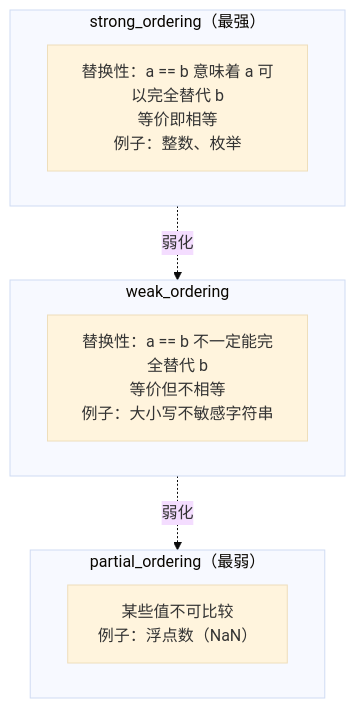
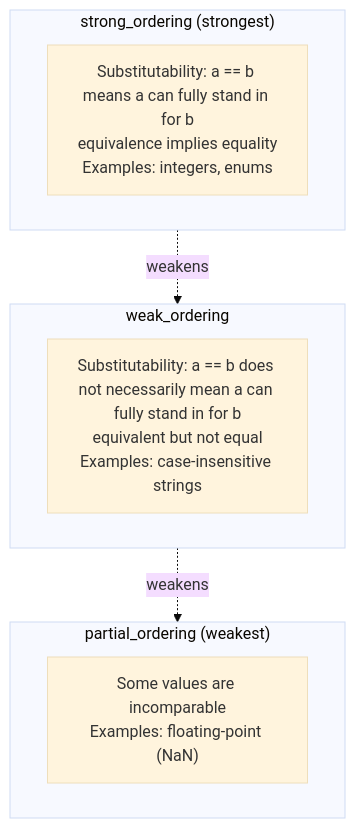
One commit to Awesome-Embedded-Learning-Studio/Tutorial_AwesomeModernCPP changed the diagram in documents/en/vol4-advanced/05-spaceship-operator.md. Above: the diagram before and after it, drawn with Mermaid (base theme). The commit also changed other lines of this file and 605 other files, not shown here.

````diff
--- a/documents/en/vol4-advanced/05-spaceship-operator.md
+++ b/documents/en/vol4-advanced/05-spaceship-operator.md
@@ -426,15 +423,15 @@
 ```mermaid
 graph TD
-    subgraph strong["strong_ordering（最强）"]
-        strong_props["替换性：a == b 意味着 a 可以完全替代 b<br/>等价即相等<br/>例子：整数、枚举"]
+    subgraph strong["strong_ordering (strongest)"]
+        strong_props["Substitutability: a == b means a can fully stand in for b<br/>equivalence implies equality<br/>Examples: integers, enums"]
     end
     subgraph weak["weak_ordering"]
-        weak_props["替换性：a == b 不一定能完全替代 b<br/>等价但不相等<br/>例子：大小写不敏感字符串"]
+        weak_props["Substitutability: a == b does not necessarily mean a can fully stand in for b<br/>equivalent but not equal<br/>Examples: case-insensitive strings"]
     end
-    subgraph partial["partial_ordering（最弱）"]
-        partial_props["某些值不可比较<br/>例子：浮点数（NaN）"]
+    subgraph partial["partial_ordering (weakest)"]
+        partial_props["Some values are incomparable<br/>Examples: floating-point (NaN)"]
     end
 
-    strong -.->|弱化| weak
-    weak -.->|弱化| partial
+    strong -.->|weakens| weak
+    weak -.->|weakens| partial
 ```
````
